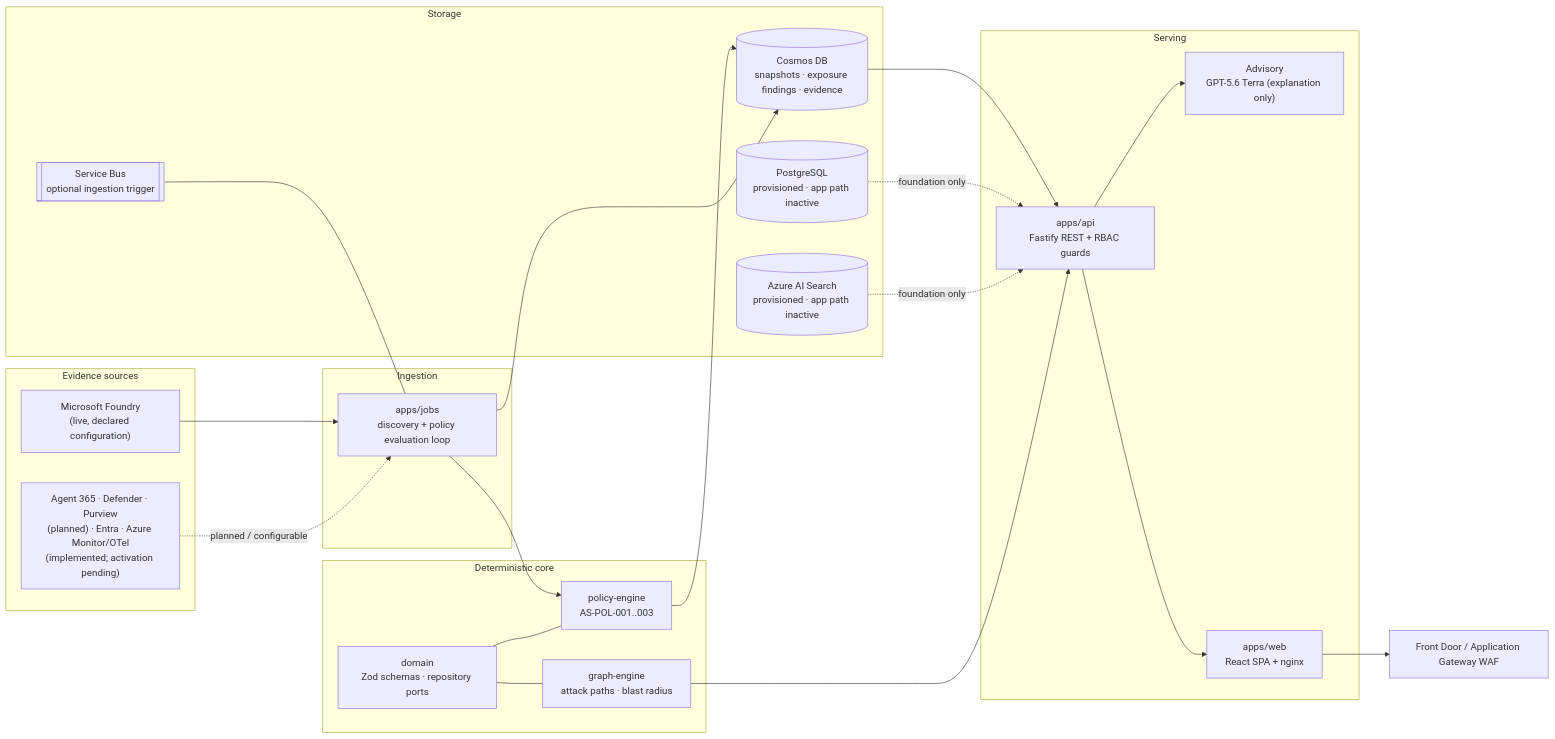
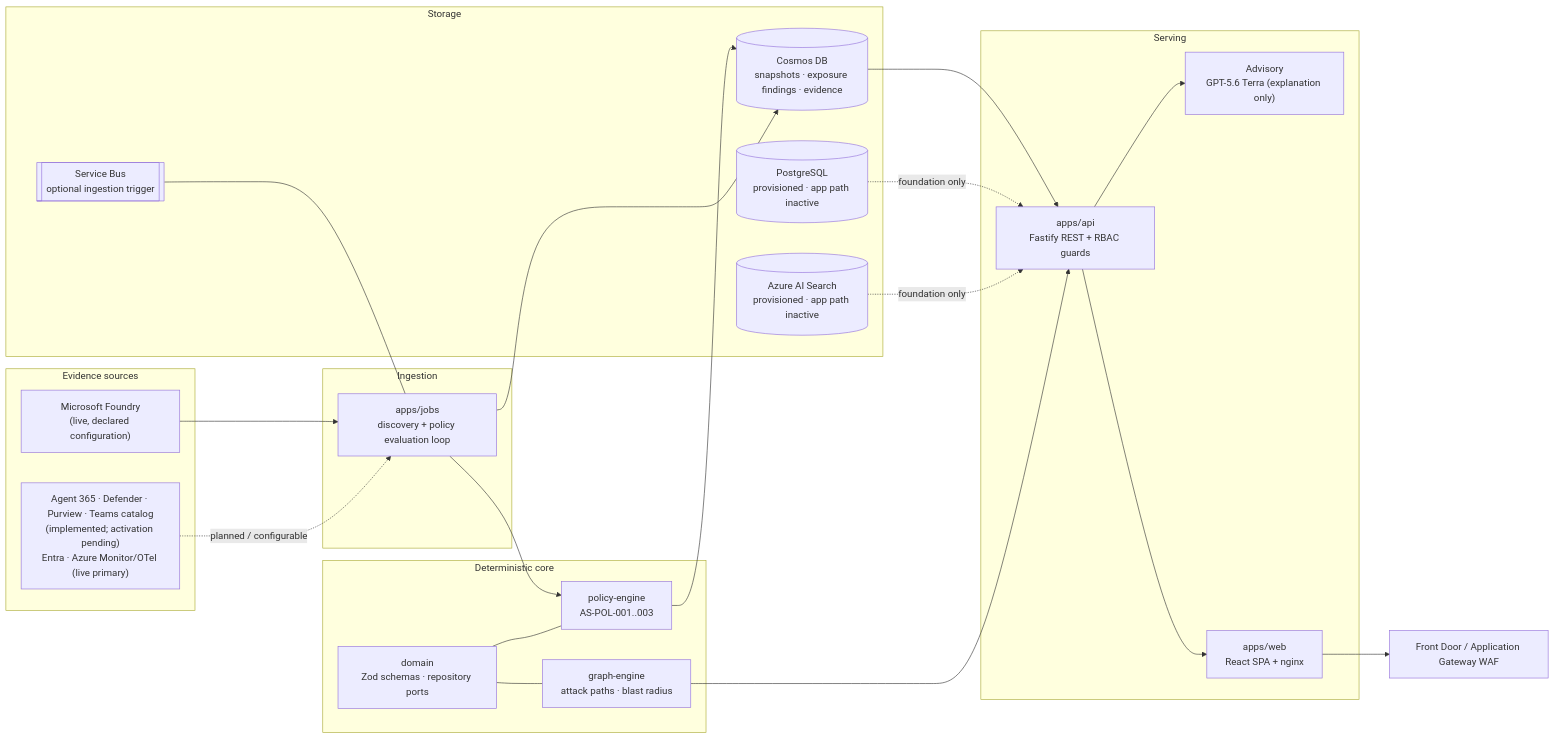
Before and after one commit to YOONPYOGitHub/agent-sentinel: the diagram in README.md, drawn with Mermaid. The commit also changed other lines of this file and 34 other files, not shown here.

Commit message:
feat: add Teams app catalog connector

````diff
--- a/README.md
+++ b/README.md
@@ -75,45 +75,45 @@
 ```mermaid
 flowchart LR
     subgraph Sources["Evidence sources"]
         FDRY["Microsoft Foundry<br/>(live, declared configuration)"]
-        PLAN["Agent 365 · Defender · Purview<br/>(planned) · Entra · Azure Monitor/OTel<br/>(implemented; activation pending)"]
+        PLAN["Agent 365 · Defender · Purview · Teams catalog<br/>(implemented; activation pending)<br/>Entra · Azure Monitor/OTel (live primary)"]
     end
 
     subgraph Ingest["Ingestion"]
         JOBS["apps/jobs<br/>discovery + policy evaluation loop"]
     end
 
     subgraph Core["Deterministic core"]
         GRAPH["graph-engine<br/>attack paths · blast radius"]
         POLICY["policy-engine<br/>AS-POL-001..003"]
         DOMAIN["domain<br/>Zod schemas · repository ports"]
     end
 
     subgraph Store["Storage"]
         COSMOS[("Cosmos DB<br/>snapshots · exposure findings · evidence")]
         PG[("PostgreSQL<br/>provisioned · app path inactive")]
         SEARCH[("Azure AI Search<br/>provisioned · app path inactive")]
         SB[["Service Bus<br/>optional ingestion trigger"]]
     end
 
     subgraph Serve["Serving"]
         API["apps/api<br/>Fastify REST + RBAC guards"]
         ADV["Advisory<br/>GPT-5.6 Terra (explanation only)"]
         WEB["apps/web<br/>React SPA + nginx"]
     end
 
     FDRY --> JOBS
     PLAN -.planned / configurable.-> JOBS
     JOBS --> POLICY --> COSMOS
     JOBS --> COSMOS
     DOMAIN --- POLICY
     DOMAIN --- GRAPH
     COSMOS --> API
     PG -.foundation only.-> API
     SEARCH -.foundation only.-> API
     SB --- JOBS
     GRAPH --> API
     API --> ADV
     API --> WEB
     WEB --> EDGE["Front Door / Application Gateway WAF"]
 ```
````
